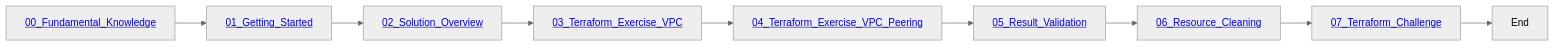
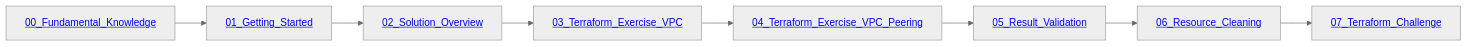
One commit to Huawei-APAC-Professional-Services/terraform-101-workshop changed the diagram in README.md. Above: the diagram before and after it, drawn with Mermaid (neutral theme).

````diff
--- a/README.md
+++ b/README.md
@@ -46,21 +46,19 @@
 ```mermaid
 flowchart LR
     00_Fundamental_Knowledge[<a href='https://github.com/Huawei-APAC-Professional-Services/terraform-101-workshop/blob/master/workshop/00_Fundamental_Knowledge.md'>00_Fundamental_Knowledge</a>]
 
     00_Fundamental_Knowledge --> 01_Getting_Started[<a href='https://github.com/Huawei-APAC-Professional-Services/terraform-101-workshop/blob/master/workshop/01_Getting_Started.md'>01_Getting_Started</a>]
 
     01_Getting_Started --> 02_Solution_Overview[<a href='https://github.com/Huawei-APAC-Professional-Services/terraform-101-workshop/blob/master/workshop/02_Solution_Overview.md'>02_Solution_Overview</a>]
 
     02_Solution_Overview --> 03_Terraform_Exercise_VPC[<a href='https://github.com/Huawei-APAC-Professional-Services/terraform-101-workshop/blob/master/workshop/03_Terraform_Exercise_VPC.md'>03_Terraform_Exercise_VPC</a>]
 
     03_Terraform_Exercise_VPC --> 04_Terraform_Exercise_VPC_Peering[<a href='https://github.com/Huawei-APAC-Professional-Services/terraform-101-workshop/blob/master/workshop/04_Terraform_Exercise_VPC_Peering.md'>04_Terraform_Exercise_VPC_Peering</a>]
 
     04_Terraform_Exercise_VPC_Peering --> 05_Result_Validation[<a href='https://github.com/Huawei-APAC-Professional-Services/terraform-101-workshop/blob/master/workshop/05_Result_Validation.md'>05_Result_Validation</a>]
 
     05_Result_Validation --> 06_Resource_Cleaning[<a href='https://github.com/Huawei-APAC-Professional-Services/terraform-101-workshop/blob/master/workshop/06_Resource_Cleaning.md'>06_Resource_Cleaning</a>]
 
     06_Resource_Cleaning --> 07_Terraform_Challenge[<a href='https://github.com/Huawei-APAC-Professional-Services/terraform-101-workshop/blob/master/workshop/07_Terraform_Challenge.md'>07_Terraform_Challenge</a>]
 
-    07_Terraform_Challenge --> End
-
 ```
````
